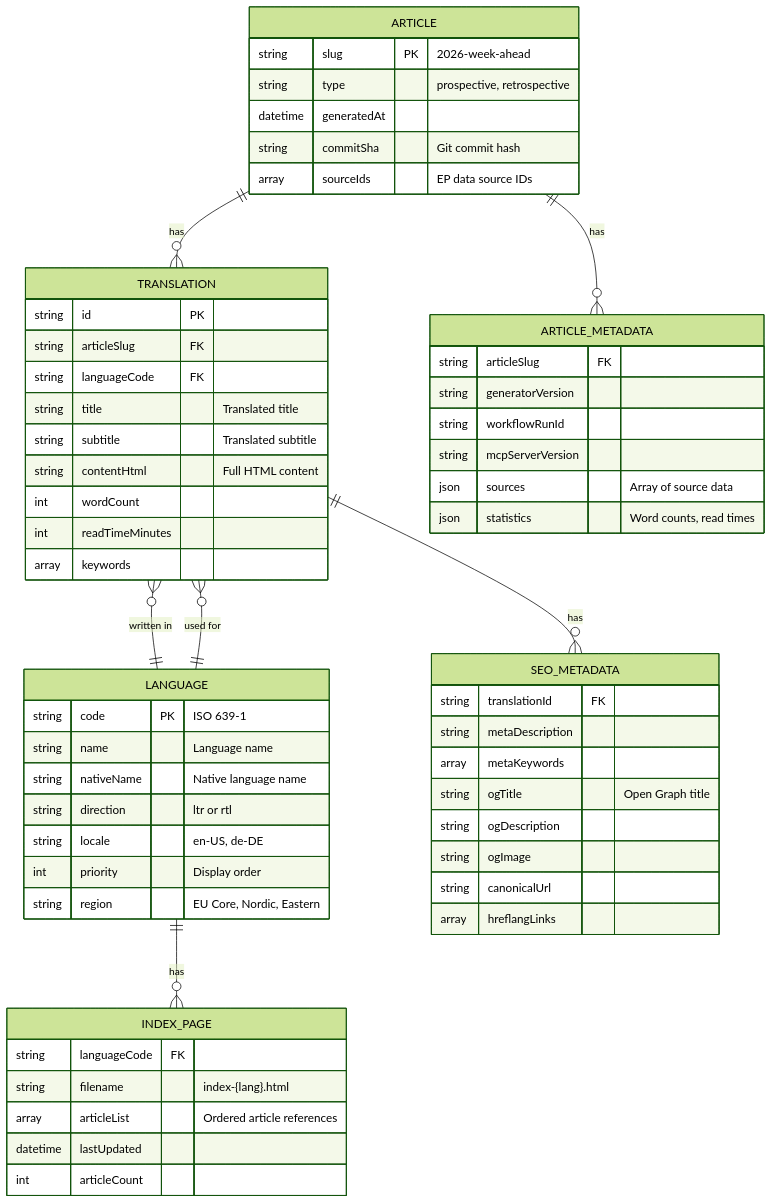
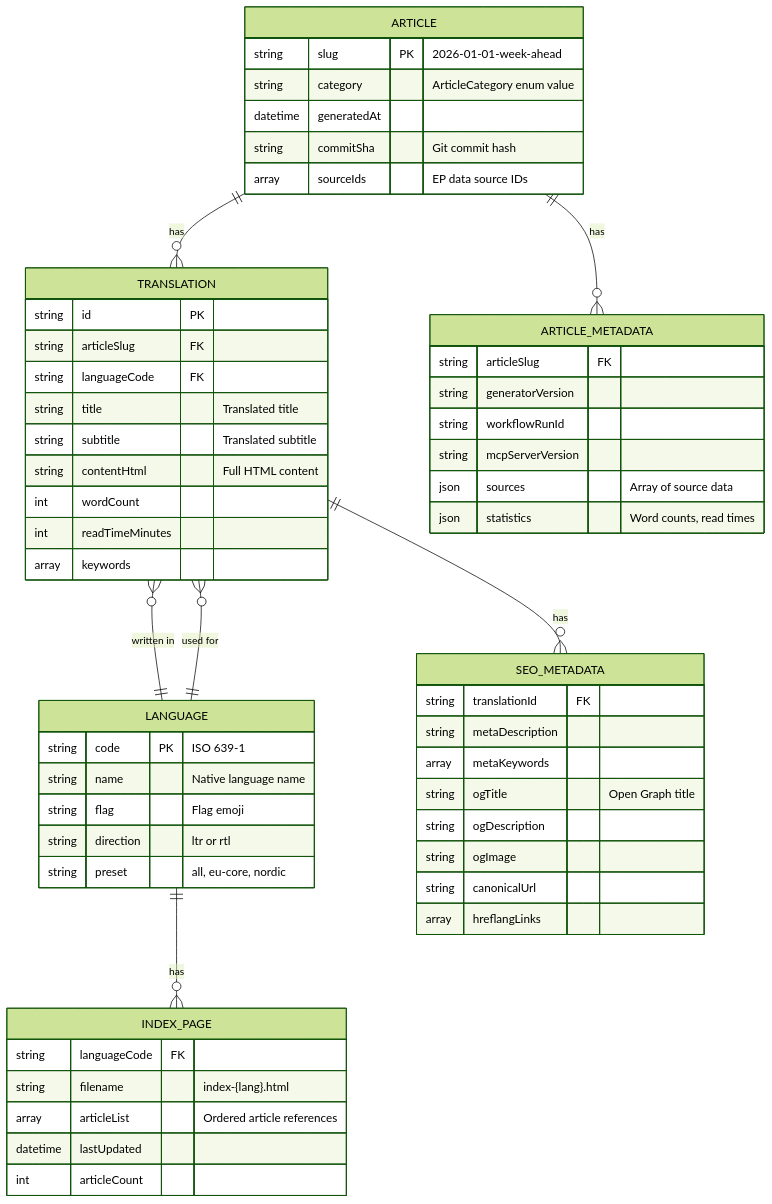
The fourth of 9 diagrams in DATA_MODEL.md (Hack23/euparliamentmonitor), drawn with Mermaid (forest theme) before and after one commit. The commit also changed other lines of this file, not shown here.

````diff
--- a/DATA_MODEL.md
+++ b/DATA_MODEL.md
@@ -752,68 +737,66 @@
 ```mermaid
 erDiagram
     ARTICLE ||--o{ TRANSLATION : "has"
     TRANSLATION }o--|| LANGUAGE : "written in"
     ARTICLE ||--o{ ARTICLE_METADATA : "has"
     TRANSLATION ||--o{ SEO_METADATA : "has"
 
     LANGUAGE ||--o{ TRANSLATION : "used for"
     LANGUAGE ||--o{ INDEX_PAGE : "has"
 
     ARTICLE {
-        string slug PK "2026-week-ahead"
-        string type "prospective, retrospective"
+        string slug PK "2026-01-01-week-ahead"
+        string category "ArticleCategory enum value"
         datetime generatedAt
         string commitSha "Git commit hash"
         array sourceIds "EP data source IDs"
     }
 
     TRANSLATION {
         string id PK
         string articleSlug FK
         string languageCode FK
         string title "Translated title"
         string subtitle "Translated subtitle"
         string contentHtml "Full HTML content"
         int wordCount
         int readTimeMinutes
         array keywords
     }
 
     LANGUAGE {
         string code PK "ISO 639-1"
-        string name "Language name"
-        string nativeName "Native language name"
+        string name "Native language name"
+        string flag "Flag emoji"
         string direction "ltr or rtl"
-        string locale "en-US, de-DE"
-        int priority "Display order"
-        string region "EU Core, Nordic, Eastern"
+        string preset "all, eu-core, nordic"
     }
 
     ARTICLE_METADATA {
         string articleSlug FK
         string generatorVersion
         string workflowRunId
         string mcpServerVersion
         json sources "Array of source data"
         json statistics "Word counts, read times"
     }
 
     SEO_METADATA {
         string translationId FK
         string metaDescription
         array metaKeywords
         string ogTitle "Open Graph title"
         string ogDescription
         string ogImage
         string canonicalUrl
         array hreflangLinks
     }
 
     INDEX_PAGE {
         string languageCode FK
         string filename "index-{lang}.html"
         array articleList "Ordered article references"
         datetime lastUpdated
         int articleCount
     }
 ```
````
